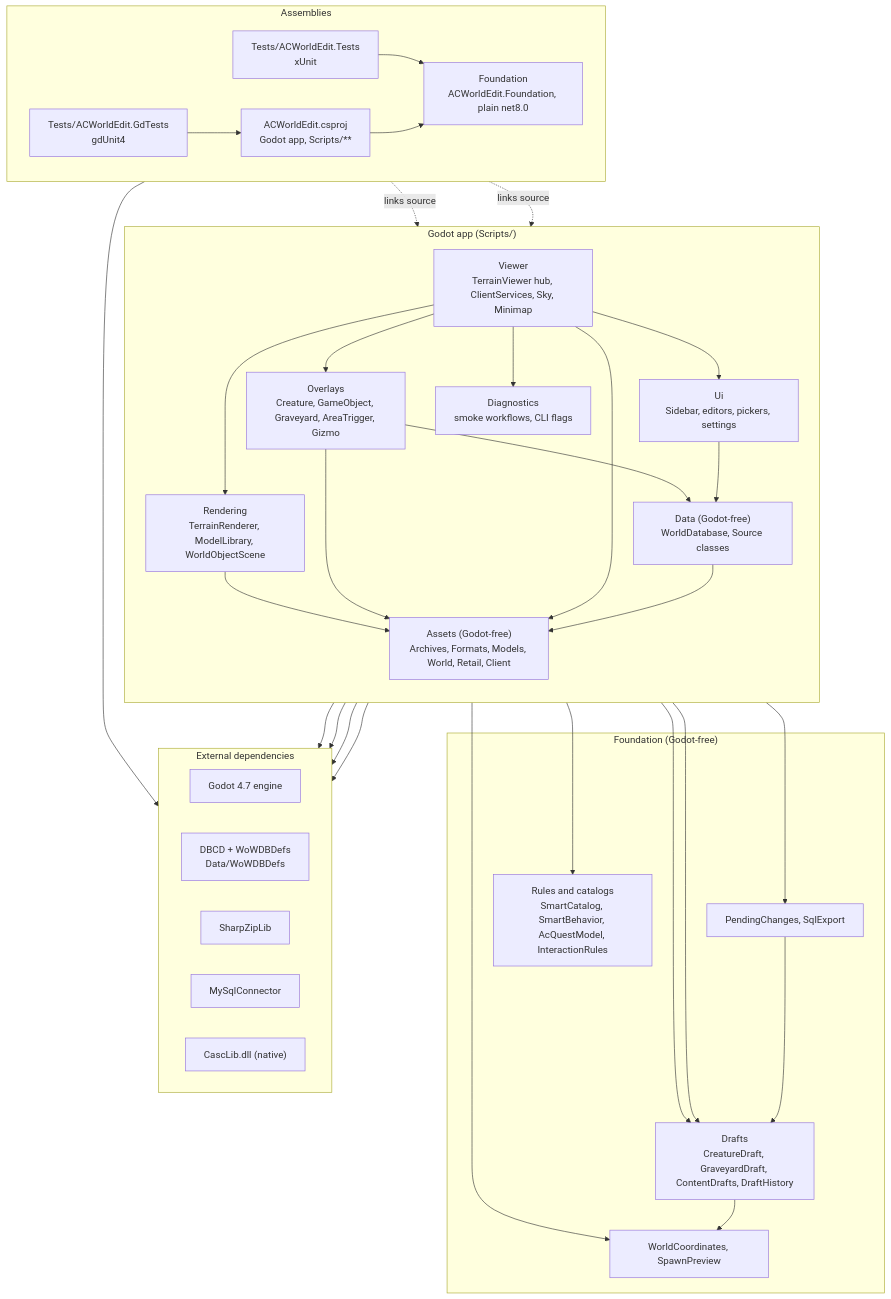
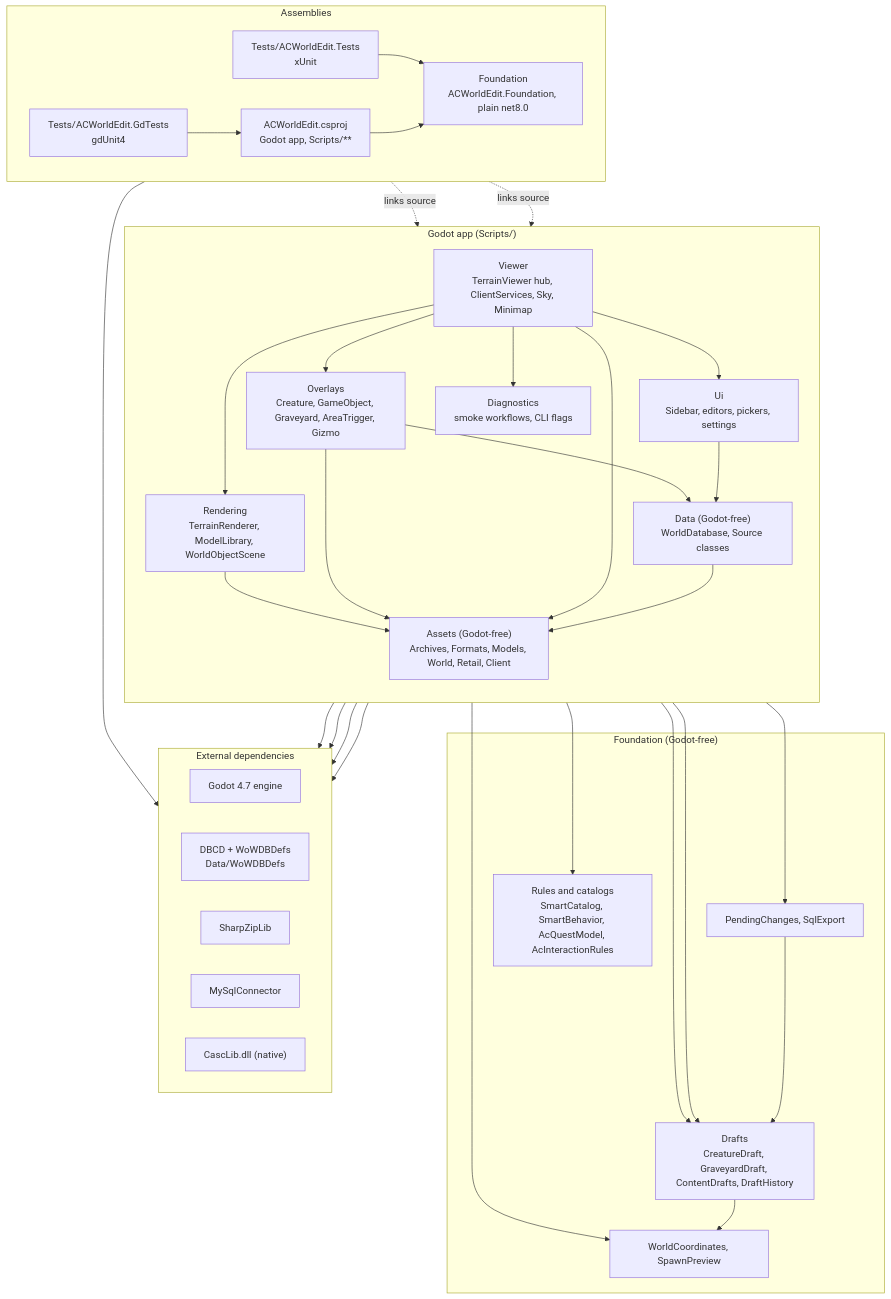
Before and after one commit to glitterfartz/ac-world-edit: the second of 2 diagrams in docs/ARCHITECTURE.md, drawn with Mermaid. The commit also changed 35 other files, not shown here.

````diff
--- a/docs/ARCHITECTURE.md
+++ b/docs/ARCHITECTURE.md
@@ -40,65 +40,65 @@
 ```mermaid
 flowchart TB
     subgraph Assemblies
         direction LR
         app["ACWorldEdit.csproj<br/>Godot app, Scripts/**"]
         fdn["Foundation<br/>ACWorldEdit.Foundation, plain net8.0"]
         tests["Tests/ACWorldEdit.Tests<br/>xUnit"]
         gd["Tests/ACWorldEdit.GdTests<br/>gdUnit4"]
     end
 
     subgraph Godot_app["Godot app (Scripts/)"]
         direction TB
         viewer["Viewer<br/>TerrainViewer hub, ClientServices, Sky, Minimap"]
         render["Rendering<br/>TerrainRenderer, ModelLibrary, WorldObjectScene"]
         overlays["Overlays<br/>Creature, GameObject, Graveyard, AreaTrigger, Gizmo"]
         ui["Ui<br/>Sidebar, editors, pickers, settings"]
         diag["Diagnostics<br/>smoke workflows, CLI flags"]
         data["Data (Godot-free)<br/>WorldDatabase, Source classes"]
         assets["Assets (Godot-free)<br/>Archives, Formats, Models, World, Retail, Client"]
     end
 
     subgraph Shared_logic["Foundation (Godot-free)"]
         drafts["Drafts<br/>CreatureDraft, GraveyardDraft, ContentDrafts, DraftHistory"]
         export["PendingChanges, SqlExport"]
-        rules["Rules and catalogs<br/>SmartCatalog, SmartBehavior, AcQuestModel, InteractionRules"]
+        rules["Rules and catalogs<br/>SmartCatalog, SmartBehavior, AcQuestModel, AcInteractionRules"]
         coords["WorldCoordinates, SpawnPreview"]
     end
 
     subgraph External["External dependencies"]
         direction LR
         godot["Godot 4.7 engine"]
         dbcd["DBCD + WoWDBDefs<br/>Data/WoWDBDefs"]
         sharpzip["SharpZipLib"]
         mysql["MySqlConnector"]
         casc["CascLib.dll (native)"]
     end
 
     viewer --> render
     viewer --> overlays
     viewer --> ui
     viewer --> diag
     overlays --> data
     overlays --> drafts
     ui --> drafts
     ui --> data
     viewer --> export
     render --> assets
     overlays --> assets
     viewer --> assets
     data --> assets
     data --> rules
     data --> coords
     drafts --> coords
     export --> drafts
     app --> godot
     assets --> dbcd
     assets --> sharpzip
     assets --> casc
     data --> mysql
     tests -. links source .-> assets
     tests -. links source .-> data
     tests --> fdn
     gd --> app
     app --> fdn
 ```
````
